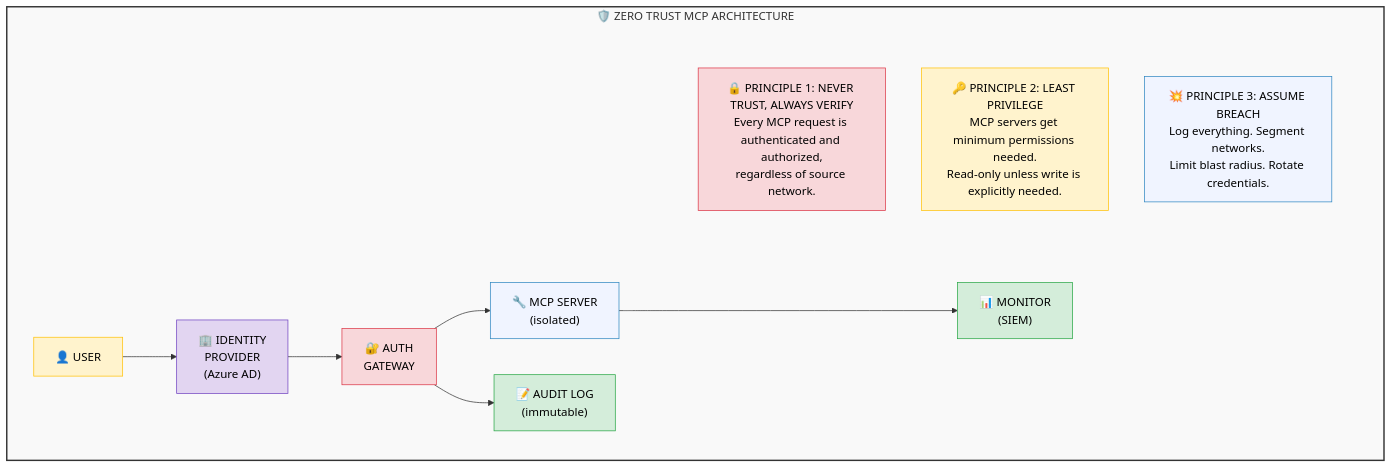
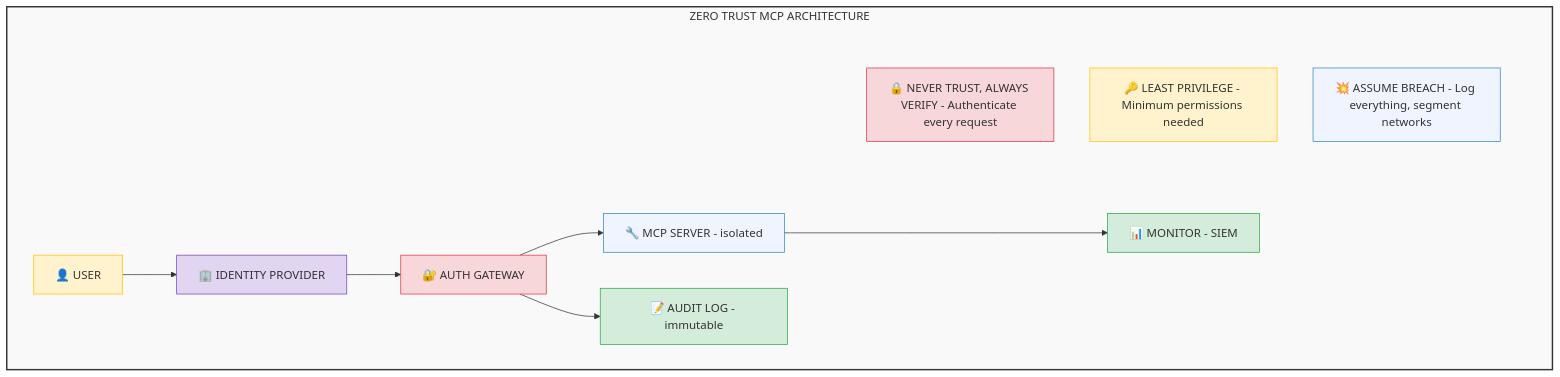
Before and after one commit to ithinktavo/GenAI-Engineering-Handbook: the fifth of 5 diagrams in docs/11-mcp-security.md, drawn with Mermaid. The commit also changed other lines of this file and 9 other files, not shown here.

First line of the commit message:
Fix Mermaid rendering: remove emoji from subgraph titles and unsupported syntax

````diff
--- a/docs/11-mcp-security.md
+++ b/docs/11-mcp-security.md
@@ -247,29 +247,29 @@
 ```mermaid
 graph TD
-    subgraph zt["🛡️ ZERO TRUST MCP ARCHITECTURE"]
+    subgraph zt["ZERO TRUST MCP ARCHITECTURE"]
         subgraph principles[" "]
             direction TB
-            P1["🔒 PRINCIPLE 1: NEVER TRUST, ALWAYS VERIFY\nEvery MCP request is authenticated and authorized,\nregardless of source network."]
-            P2["🔑 PRINCIPLE 2: LEAST PRIVILEGE\nMCP servers get minimum permissions needed.\nRead-only unless write is explicitly needed."]
-            P3["💥 PRINCIPLE 3: ASSUME BREACH\nLog everything. Segment networks.\nLimit blast radius. Rotate credentials."]
+            P1["🔒 NEVER TRUST, ALWAYS VERIFY - Authenticate every request"]
+            P2["🔑 LEAST PRIVILEGE - Minimum permissions needed"]
+            P3["💥 ASSUME BREACH - Log everything, segment networks"]
         end
 
-        USER["👤 USER"] --> IDP["🏢 IDENTITY\nPROVIDER\n(Azure AD)"]
-        IDP --> GW["🔐 AUTH\nGATEWAY"]
-        GW --> MCP["🔧 MCP SERVER\n(isolated)"]
-        GW --> AUDIT["📝 AUDIT LOG\n(immutable)"]
-        MCP --> MON["📊 MONITOR\n(SIEM)"]
+        USER["👤 USER"] --> IDP["🏢 IDENTITY PROVIDER"]
+        IDP --> GW["🔐 AUTH GATEWAY"]
+        GW --> MCP["🔧 MCP SERVER - isolated"]
+        GW --> AUDIT["📝 AUDIT LOG - immutable"]
+        MCP --> MON["📊 MONITOR - SIEM"]
     end
 
-    style P1 fill:#f8d7da,stroke:#dc3545,color:#000
-    style P2 fill:#fff3cd,stroke:#ffc107,color:#000
-    style P3 fill:#f0f4ff,stroke:#2E86C1,color:#000
-    style USER fill:#fff3cd,stroke:#ffc107,color:#000
-    style IDP fill:#e2d5f1,stroke:#6f42c1,color:#000
-    style GW fill:#f8d7da,stroke:#dc3545,color:#000
-    style MCP fill:#f0f4ff,stroke:#2E86C1,color:#000
-    style AUDIT fill:#d4edda,stroke:#28a745,color:#000
-    style MON fill:#d4edda,stroke:#28a745,color:#000
+    style P1 fill:#f8d7da,stroke:#dc3545
+    style P2 fill:#fff3cd,stroke:#ffc107
+    style P3 fill:#f0f4ff,stroke:#2E86C1
+    style USER fill:#fff3cd,stroke:#ffc107
+    style IDP fill:#e2d5f1,stroke:#6f42c1
+    style GW fill:#f8d7da,stroke:#dc3545
+    style MCP fill:#f0f4ff,stroke:#2E86C1
+    style AUDIT fill:#d4edda,stroke:#28a745
+    style MON fill:#d4edda,stroke:#28a745
     style zt fill:#f9f9f9,stroke:#333,stroke-width:2px
     style principles fill:transparent,stroke:none
 ```
````
